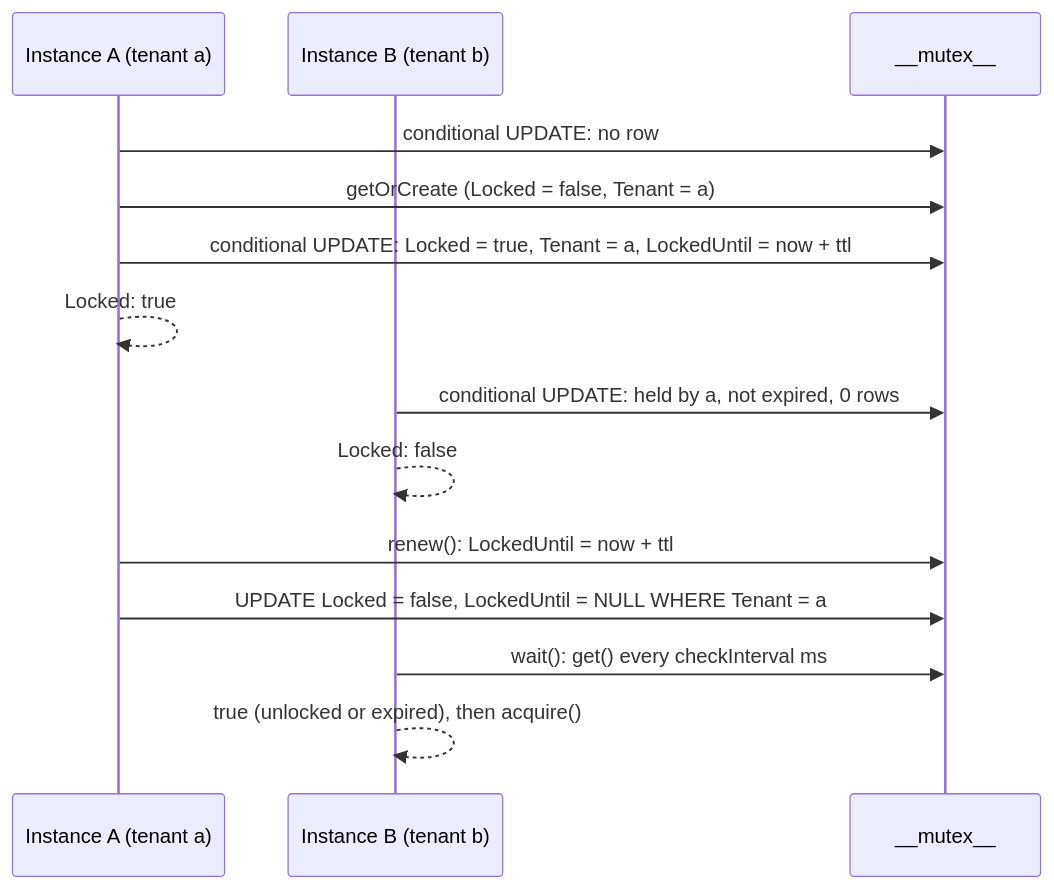
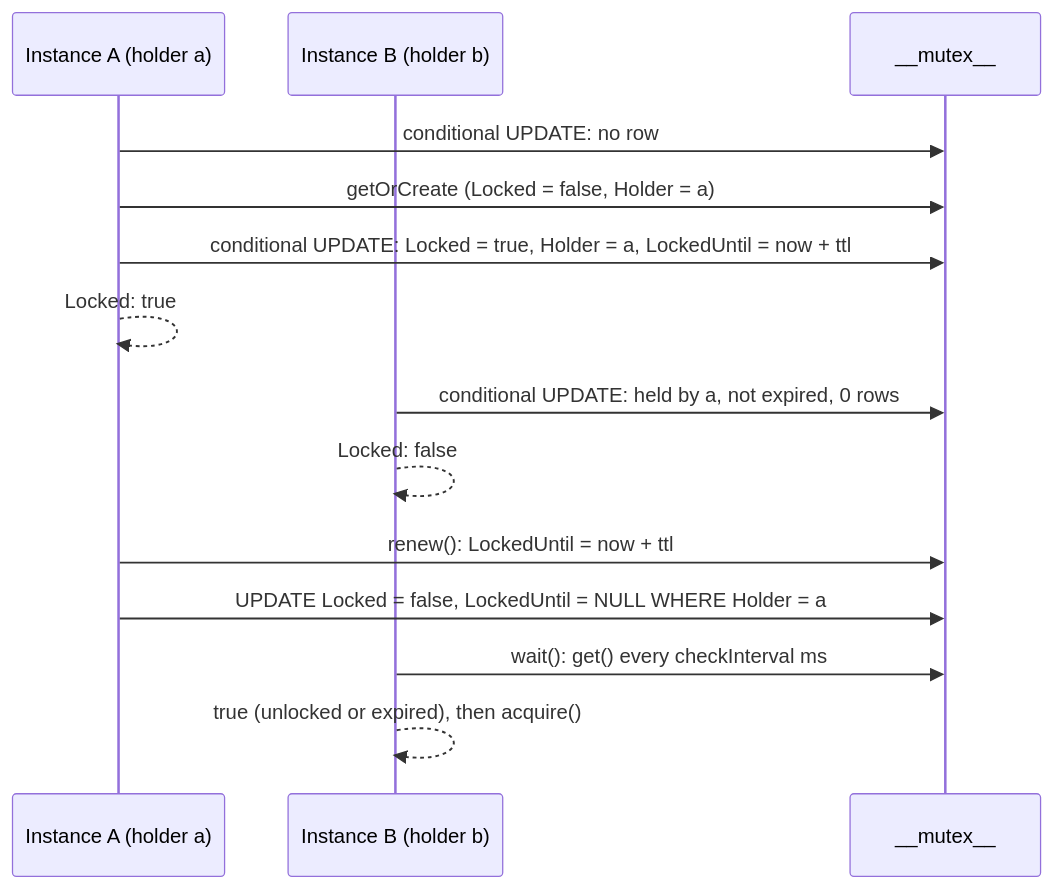
One commit to spinajs/main changed the diagram in docs/orm-threading/01-database-mutex.md. Above: the diagram before and after it, drawn with Mermaid. The commit also changed other lines of this file and 15 other files, not shown here.

Commit message:
feat(threading, orm-threading)!: the mutex lock owner is its holder, not its tenant

````diff
--- a/docs/orm-threading/01-database-mutex.md
+++ b/docs/orm-threading/01-database-mutex.md
@@ -59,16 +59,16 @@
 ```mermaid
 sequenceDiagram
-  participant A as Instance A (tenant a)
-  participant B as Instance B (tenant b)
+  participant A as Instance A (holder a)
+  participant B as Instance B (holder b)
   participant DB as __mutex__
   A->>DB: conditional UPDATE: no row
-  A->>DB: getOrCreate (Locked = false, Tenant = a)
-  A->>DB: conditional UPDATE: Locked = true, Tenant = a, LockedUntil = now + ttl
+  A->>DB: getOrCreate (Locked = false, Holder = a)
+  A->>DB: conditional UPDATE: Locked = true, Holder = a, LockedUntil = now + ttl
   A-->>A: Locked: true
   B->>DB: conditional UPDATE: held by a, not expired, 0 rows
   B-->>B: Locked: false
   A->>DB: renew(): LockedUntil = now + ttl
-  A->>DB: UPDATE Locked = false, LockedUntil = NULL WHERE Tenant = a
+  A->>DB: UPDATE Locked = false, LockedUntil = NULL WHERE Holder = a
   B->>DB: wait(): get() every checkInterval ms
   B-->>B: true (unlocked or expired), then acquire()
 ```
````
